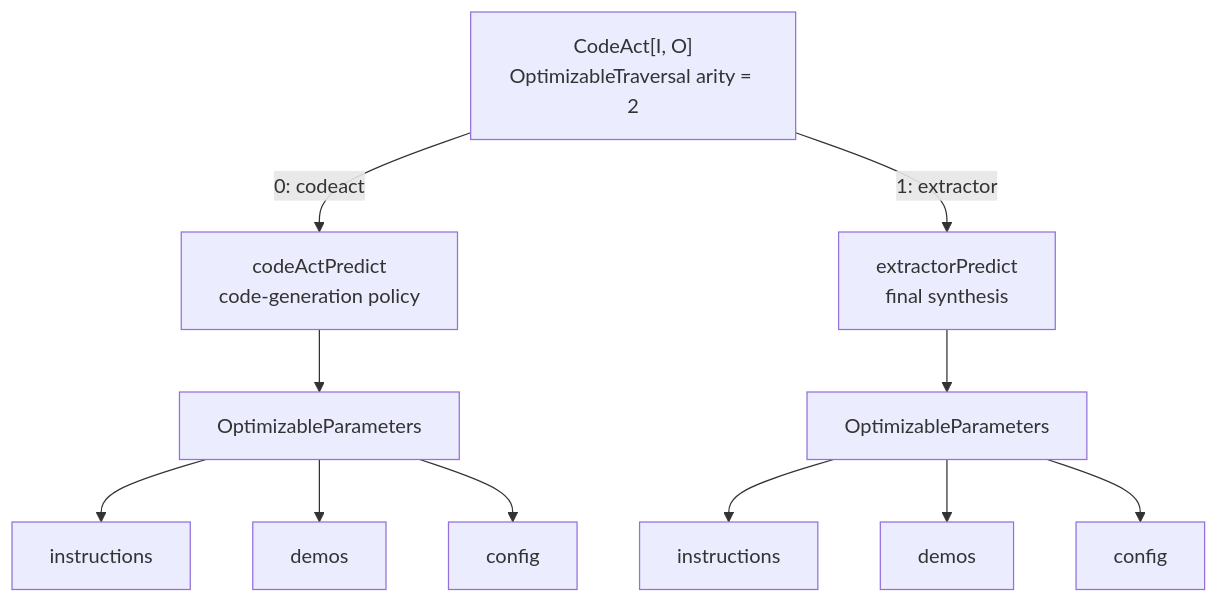
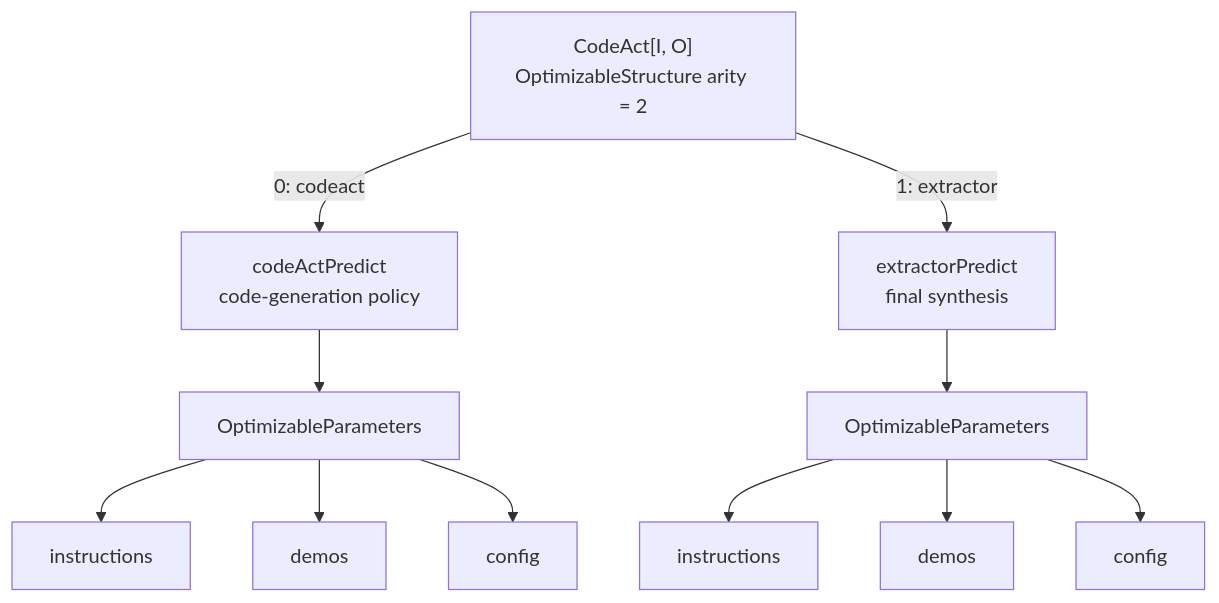
One commit to jpablo/dspy4s changed the sixth of 6 diagrams in modules/programs/src/main/scala/dspy4s/programs/strategies/CodeAct.md. Above: the diagram before and after it, drawn with Mermaid. The commit also changed other lines of this file and 95 other files, not shown here.

Commit message:
refactor: rename optimizable traversal to structure

````diff
--- a/modules/programs/src/main/scala/dspy4s/programs/strategies/CodeAct.md
+++ b/modules/programs/src/main/scala/dspy4s/programs/strategies/CodeAct.md
@@ -459,17 +459,17 @@
 ```mermaid
 flowchart TD
-    root["CodeAct[I, O]<br/>OptimizableTraversal arity = 2"]
+    root["CodeAct[I, O]<br/>OptimizableStructure arity = 2"]
 
     root -->|"0: codeact"| generator["codeActPredict<br/>code-generation policy"]
     root -->|"1: extractor"| extractor["extractorPredict<br/>final synthesis"]
 
     generator --> generatorParams["OptimizableParameters"]
     generatorParams --> generatorInstructions["instructions"]
     generatorParams --> generatorDemos["demos"]
     generatorParams --> generatorConfig["config"]
 
     extractor --> extractorParams["OptimizableParameters"]
     extractorParams --> extractorInstructions["instructions"]
     extractorParams --> extractorDemos["demos"]
     extractorParams --> extractorConfig["config"]
 ```
````
